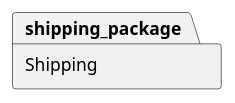
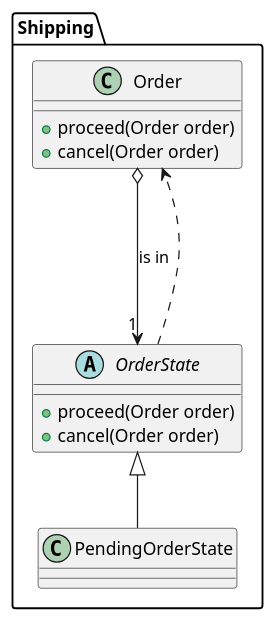
One commit to gabdumal/dcc078 changed the diagram in src/main/java/assignments/shipping/ClassDiagram.puml. Above: the diagram before and after it, drawn with PlantUML. The commit also changed 3 other files, not shown here.

```diff
--- a/src/main/java/assignments/shipping/ClassDiagram.puml
+++ b/src/main/java/assignments/shipping/ClassDiagram.puml
@@ -1,10 +1,28 @@
 @startuml
 'https://plantuml.com/class-diagram
 
-left to right direction
+'left to right direction
 
 package shipping_package as "Shipping" {
+
+class Order {
+  + proceed(Order order)
+  + cancel(Order order)
+}
+
+Order o--> "1" OrderState : "is in"
+
+abstract class OrderState {
+  + proceed(Order order)
+  + cancel(Order order)
+}
+
+OrderState ...> Order
+
+class PendingOrderState extends OrderState {
+
+}
 
 }
 
 @enduml
```
